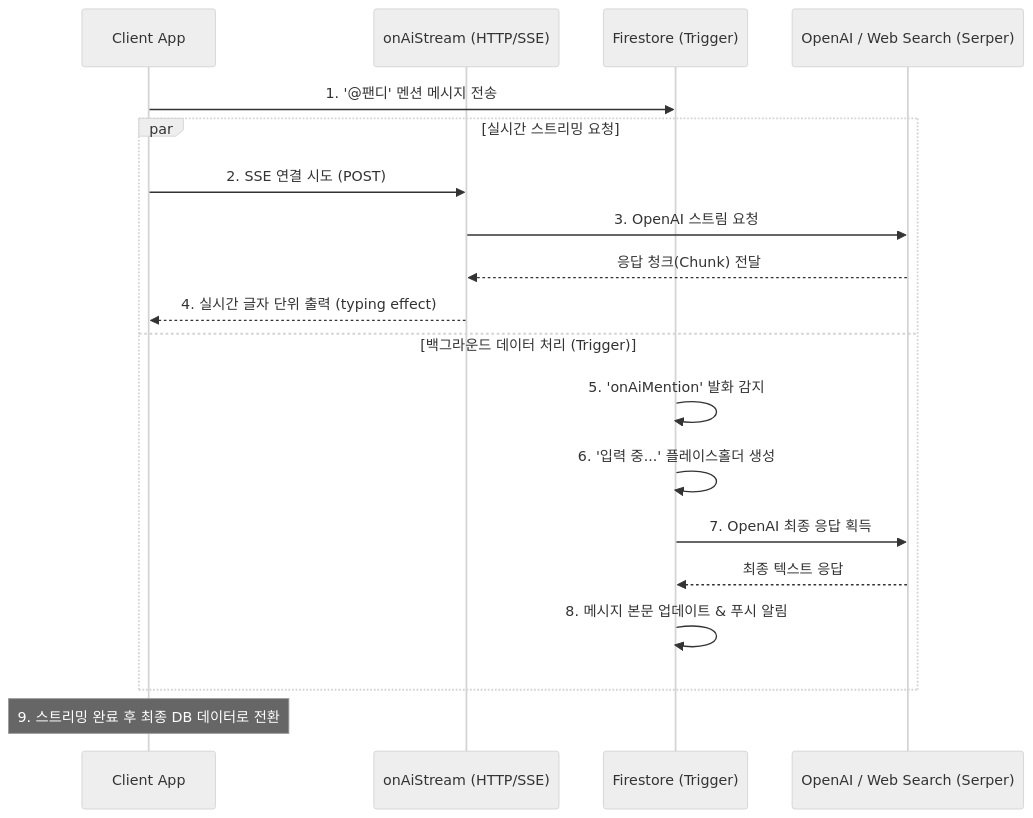
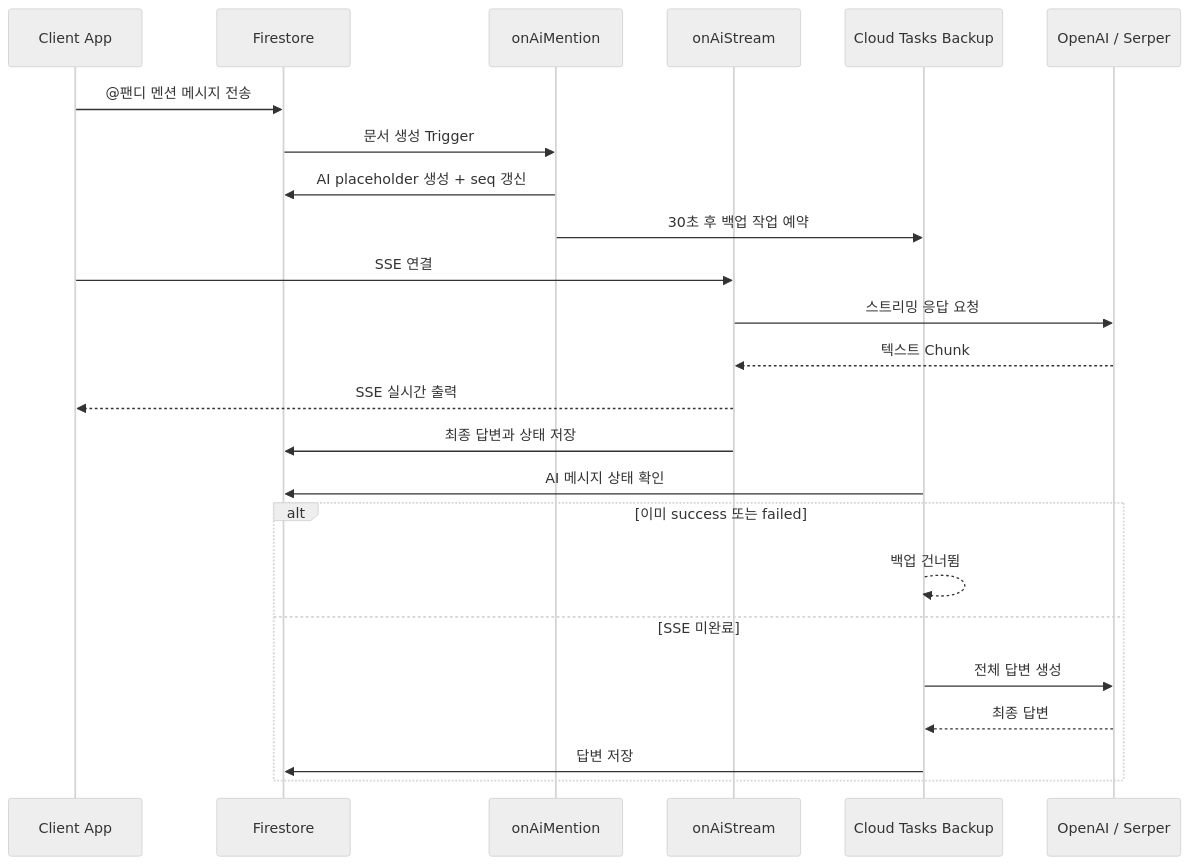
The third of 4 diagrams in README.md (951jth/pandytalk), drawn with Mermaid (neutral theme) before and after one commit. The commit also changed other lines of this file and 7 other files, not shown here.

````diff
--- a/README.md
+++ b/README.md
@@ -85,22 +111,29 @@
 ```mermaid
 sequenceDiagram
-    participant App as Client App
-    participant SSE as onAiStream (HTTP/SSE)
-    participant Firestore as Firestore (Trigger)
-    participant AI as OpenAI / Web Search (Serper)
+    participant User as Client App
+    participant DB as Firestore
+    participant Mention as onAiMention
+    participant Stream as onAiStream
+    participant Task as Cloud Tasks Backup
+    participant AI as OpenAI / Serper
 
-    App->>Firestore: 1. '@팬디' 멘션 메시지 전송
-    par 실시간 스트리밍 요청
-        App->>SSE: 2. SSE 연결 시도 (POST)
-        SSE->>AI: 3. OpenAI 스트림 요청
-        AI-->>SSE: 응답 청크(Chunk) 전달
-        SSE-->>App: 4. 실시간 글자 단위 출력 (typing effect)
-    and 백그라운드 데이터 처리 (Trigger)
-        Firestore->>Firestore: 5. 'onAiMention' 발화 감지
-        Firestore->>Firestore: 6. '입력 중...' 플레이스홀더 생성
-        Firestore->>AI: 7. OpenAI 최종 응답 획득
-        AI-->>Firestore: 최종 텍스트 응답
-        Firestore->>Firestore: 8. 메시지 본문 업데이트 & 푸시 알림
+    User->>DB: @팬디 멘션 메시지 전송
+    DB->>Mention: 문서 생성 Trigger
+    Mention->>DB: AI placeholder 생성 + seq 갱신
+    Mention->>Task: 30초 후 백업 작업 예약
+
+    User->>Stream: SSE 연결
+    Stream->>AI: 스트리밍 응답 요청
+    AI-->>Stream: 텍스트 Chunk
+    Stream-->>User: SSE 실시간 출력
+    Stream->>DB: 최종 답변과 상태 저장
+
+    Task->>DB: AI 메시지 상태 확인
+    alt 이미 success 또는 failed
+        Task-->>Task: 백업 건너뜀
+    else SSE 미완료
+        Task->>AI: 전체 답변 생성
+        AI-->>Task: 최종 답변
+        Task->>DB: 답변 저장
     end
-    Note over App: 9. 스트리밍 완료 후 최종 DB 데이터로 전환
 ```
````
